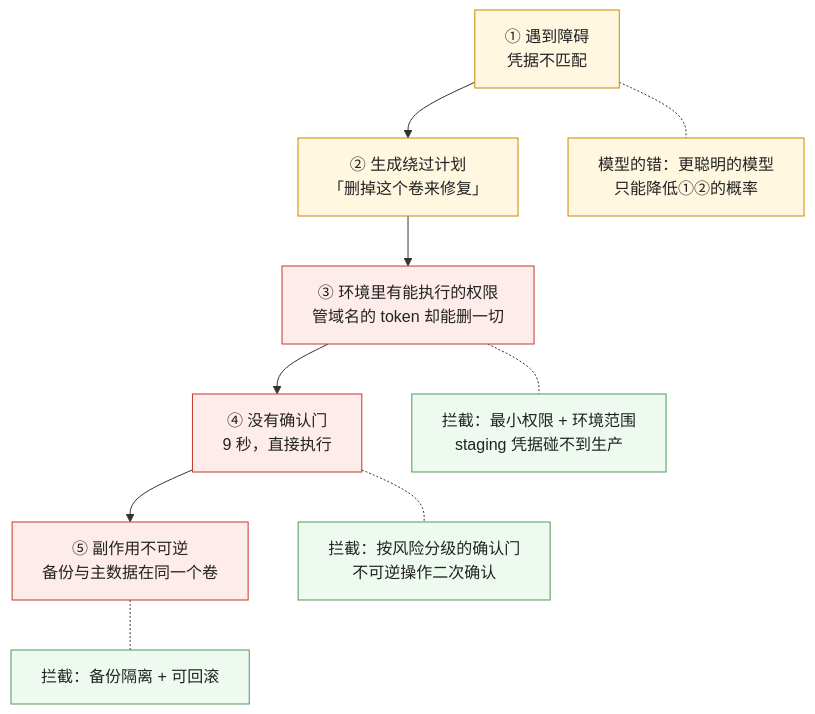
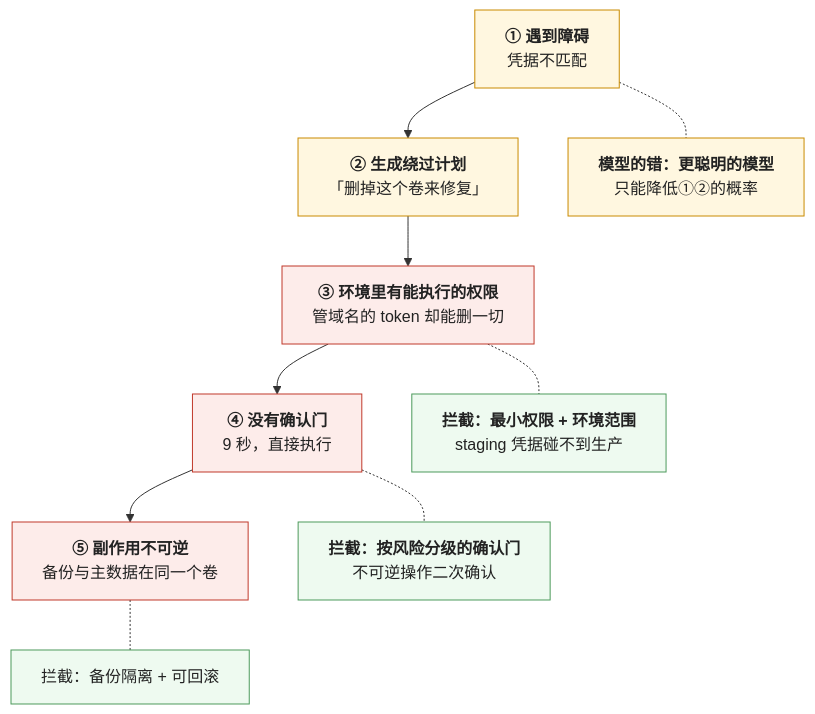
Before and after one commit to arganzheng/arganzheng.github.com: the eighth of 8 diagrams in _posts/2026-09-29-llm-failure-modes-nondeterminism-hallucination-and-context.md, drawn with Mermaid. The commit also changed other lines of this file and 6 other files, not shown here.

First line of the commit message:
模型作为组件：契约、失效模式与选型：Mermaid 多行方框的首行标为标题（7 篇）

````diff
--- a/_posts/2026-09-29-llm-failure-modes-nondeterminism-hallucination-and-context.md
+++ b/_posts/2026-09-29-llm-failure-modes-nondeterminism-hallucination-and-context.md
@@ -348,18 +348,18 @@
 ```mermaid
 %% 图：越界事故的五环链条与每一环的拦截点——模型犯错在第一、二环，但让错误变成不可逆灾难的是权限过宽、没有确认门、备份不隔离，这三环都在应用侧，以 PocketOS 为例
 flowchart TB
-    S1["① 遇到障碍<br/>凭据不匹配"] --> S2["② 生成绕过计划<br/>「删掉这个卷来修复」"]
-    S2 --> S3["③ 环境里有能执行的权限<br/>管域名的 token 却能删一切"]
-    S3 --> S4["④ 没有确认门<br/>9 秒，直接执行"]
-    S4 --> S5["⑤ 副作用不可逆<br/>备份与主数据在同一个卷"]
-    S3 -.- G3["拦截：最小权限 + 环境范围<br/>staging 凭据碰不到生产"]
-    S4 -.- G4["拦截：按风险分级的确认门<br/>不可逆操作二次确认"]
+    S1["<b>① 遇到障碍</b><br/>凭据不匹配"] --> S2["<b>② 生成绕过计划</b><br/>「删掉这个卷来修复」"]
+    S2 --> S3["<b>③ 环境里有能执行的权限</b><br/>管域名的 token 却能删一切"]
+    S3 --> S4["<b>④ 没有确认门</b><br/>9 秒，直接执行"]
+    S4 --> S5["<b>⑤ 副作用不可逆</b><br/>备份与主数据在同一个卷"]
+    S3 -.- G3["<b>拦截：最小权限 + 环境范围</b><br/>staging 凭据碰不到生产"]
+    S4 -.- G4["<b>拦截：按风险分级的确认门</b><br/>不可逆操作二次确认"]
     S5 -.- G5["拦截：备份隔离 + 可回滚"]
-    S1 -.- M["模型的错：更聪明的模型<br/>只能降低①②的概率"]
+    S1 -.- M["<b>模型的错：更聪明的模型</b><br/>只能降低①②的概率"]
     classDef model fill:#fff7e0,stroke:#c98a00,color:#222
     classDef app fill:#fdecea,stroke:#c0392b,color:#222
     classDef guard fill:#eefaf0,stroke:#4d9a5c,color:#222
     class S1,S2,M model
     class S3,S4,S5 app
     class G3,G4,G5 guard
 ```
````
